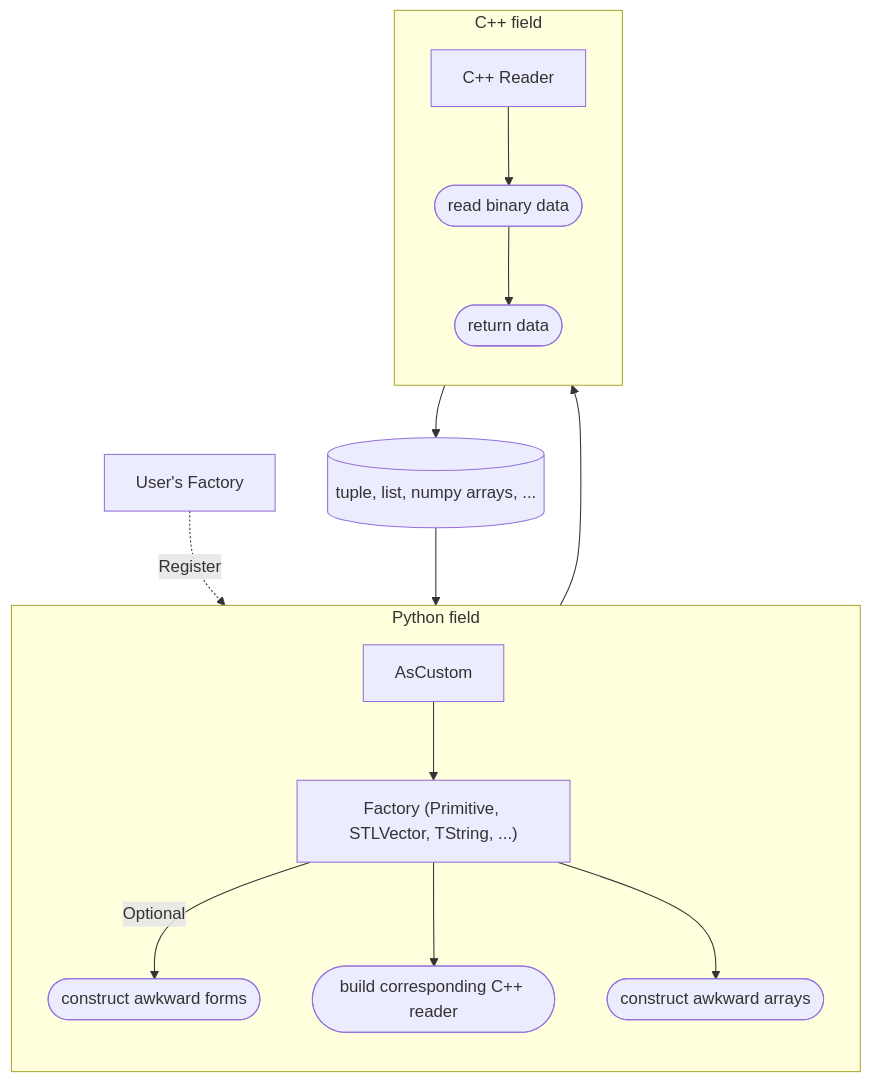
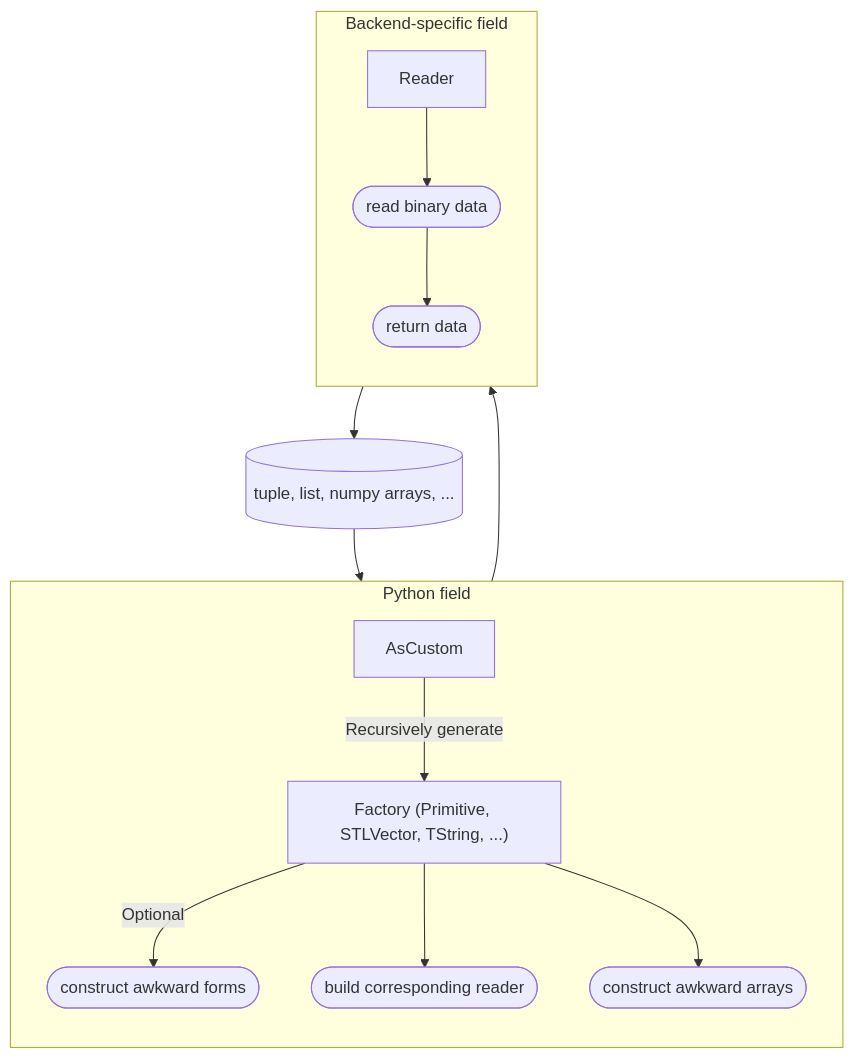
One commit to mrzimu/uproot-custom changed the diagram in docs/index.md. Above: the diagram before and after it, drawn with Mermaid. The commit also changed other lines of this file and 12 other files, not shown here.

````diff
--- a/docs/index.md
+++ b/docs/index.md
@@ -17,22 +17,20 @@
 ```{mermaid}
 flowchart TD
     subgraph py["Python field"]
         direction TB
-        AsCustom --> fac["Factory (Primitive, STLVector, TString, ...)"]
+        AsCustom -- Recursively generate --> fac["Factory (Primitive, STLVector, TString, ...)"]
         fac["Factory (Primitive, STLVector, TString, ...)"] -- Optional --> form(["construct awkward forms"])
-        fac --> build_reader(["build corresponding C++ reader"])
+        fac --> build_reader(["build corresponding reader"])
         fac --> build_ak(["construct awkward arrays"])
     end
 
-    user_fac["User's Factory"] -. Register .-> fac
-
-    subgraph cpp["C++ field"]
+    subgraph cpp["Backend-specific field"]
         direction TB
-        build_reader --> reader["C++ Reader"]
+        build_reader --> reader["Reader"]
         reader --> read_bin(["read binary data"])
         read_bin --> ret_data(["return data"])
     end
 
     ret_data --> raw_data[("tuple, list, numpy arrays, ...")]
     raw_data --> build_ak
 ```
````
